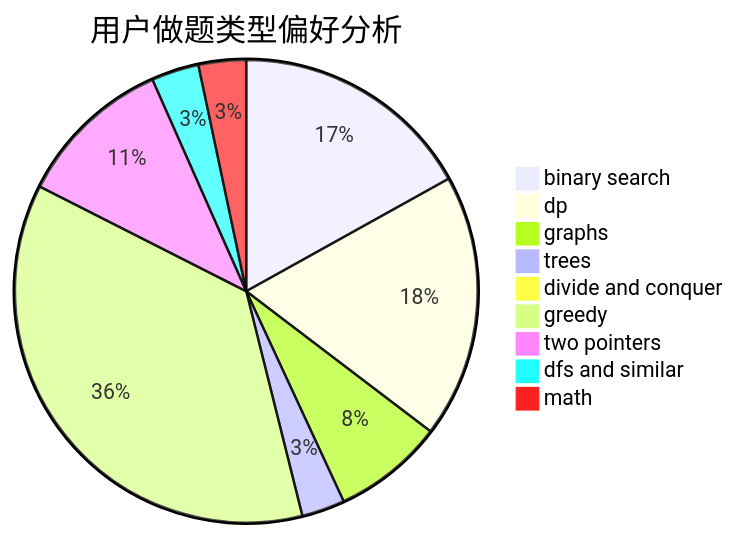
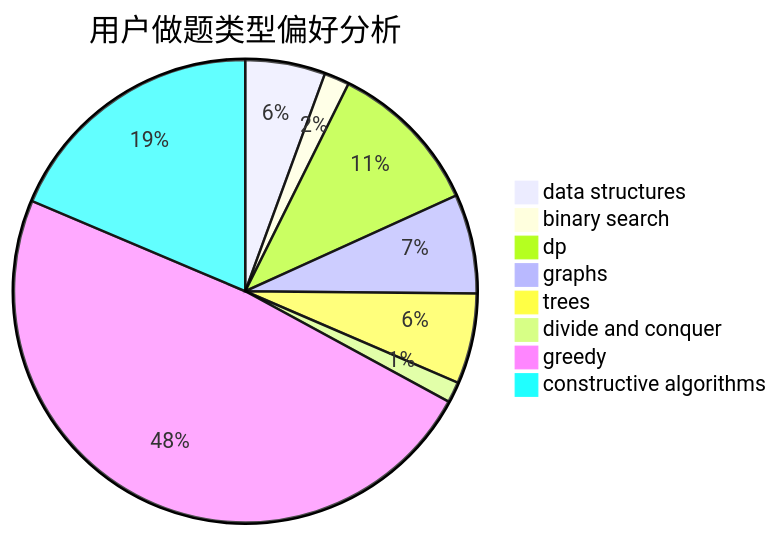
The second of 3 diagrams in docs/user/u301.md (sherpahu/cfrs.github.io), drawn with Mermaid before and after one commit. The commit also changed other lines of this file and 2775 other files, not shown here.

````diff
--- a/docs/user/u301.md
+++ b/docs/user/u301.md
@@ -23,12 +23,11 @@
 ```mermaid
 pie title 用户做题类型偏好分析
-    "binary search" :  612
-    "dp" :  666
-    "graphs" :  280
-    "trees" :  109
-    "divide and conquer" :  15
-    "greedy" :  1315
-    "two pointers" :  394
-    "dfs and similar" :  120
-    "math" :  120
+    "data structures" :  54
+    "binary search" :  17
+    "dp" :  105
+    "graphs" :  67
+    "trees" :  61
+    "divide and conquer" :  14
+    "greedy" :  468
+    "constructive algorithms" :  180
 ```
````
